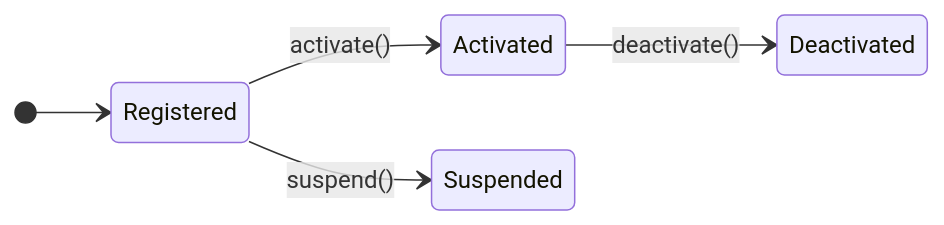
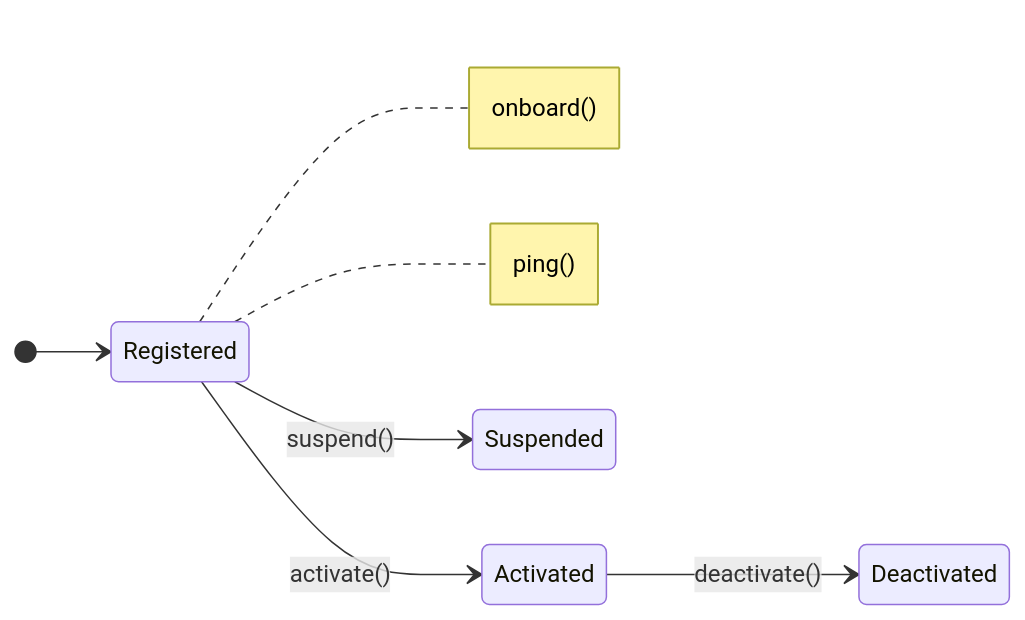
Before and after one commit to AryeoHQ/eloquent-state-machines: the second of 2 diagrams in README.md, drawn with Mermaid. The commit also changed other lines of this file and 8 other files, not shown here.

````diff
--- a/README.md
+++ b/README.md
@@ -308,8 +338,10 @@
 ```mermaid
 stateDiagram-v2
     direction LR
     [*] --> Registered
+    note right of Registered: onboard()
+    note right of Registered: ping()
     Registered --> Activated: activate()
     Registered --> Suspended: suspend()
     Activated --> Deactivated: deactivate()
 ```
````
